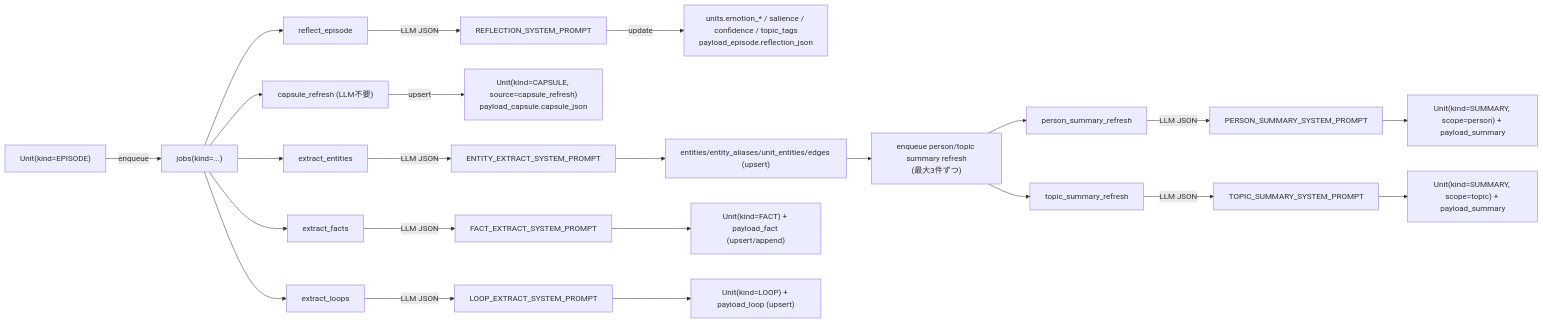
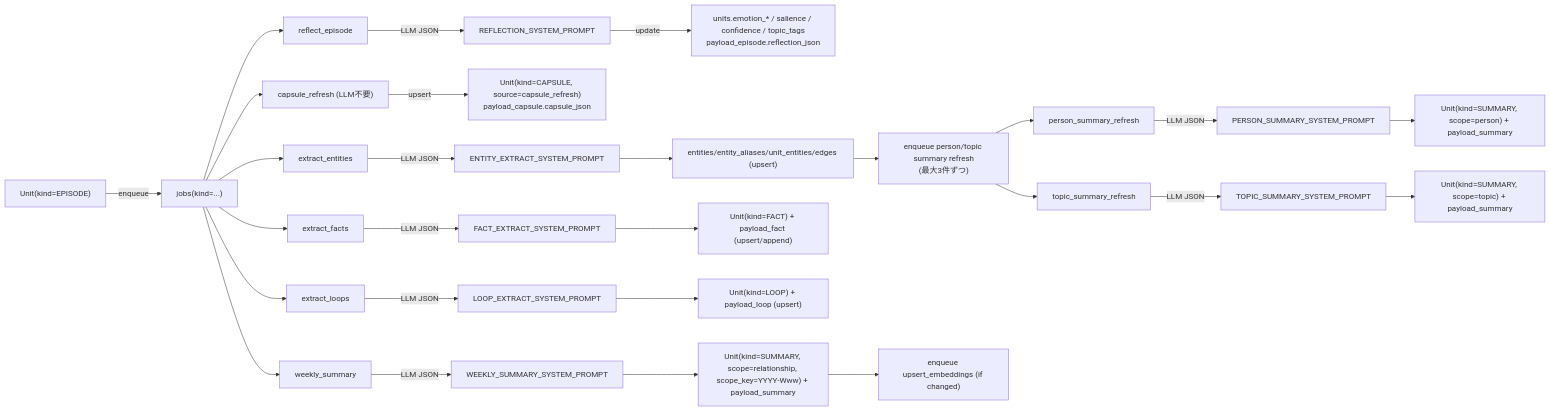
Before and after one commit to hirona98/cocoro_ghost: the fourth of 4 diagrams in docs/prompt_usage_map.md, drawn with Mermaid. The commit also changed other lines of this file and 4 other files, not shown here.

````diff
--- a/docs/prompt_usage_map.md
+++ b/docs/prompt_usage_map.md
@@ -92,31 +188,36 @@
 ```mermaid
 flowchart LR
   EP["Unit(kind=EPISODE)"] -->|enqueue| J["jobs(kind=...)"]
 
   J --> REFL["reflect_episode"]
   REFL -->|LLM JSON| P1["REFLECTION_SYSTEM_PROMPT"]
   P1 -->|update| U1["units.emotion_* / salience / confidence / topic_tags\npayload_episode.reflection_json"]
   J --> CAPR["capsule_refresh (LLM不要)"]
   CAPR -->|upsert| CAP["Unit(kind=CAPSULE, source=capsule_refresh)\npayload_capsule.capsule_json"]
 
   J --> ENT["extract_entities"]
   ENT -->|LLM JSON| P3["ENTITY_EXTRACT_SYSTEM_PROMPT"]
   P3 --> EDB["entities/entity_aliases/unit_entities/edges (upsert)"]
   EDB --> ENQSUM["enqueue person/topic summary refresh\n(最大3件ずつ)"]
 
   J --> FACT["extract_facts"]
   FACT -->|LLM JSON| P4["FACT_EXTRACT_SYSTEM_PROMPT"]
   P4 --> FDB["Unit(kind=FACT) + payload_fact (upsert/append)"]
 
   J --> LOOP["extract_loops"]
   LOOP -->|LLM JSON| P5["LOOP_EXTRACT_SYSTEM_PROMPT"]
   P5 --> LDB["Unit(kind=LOOP) + payload_loop (upsert)"]
 
   ENQSUM --> PERS["person_summary_refresh"]
   PERS -->|LLM JSON| P6["PERSON_SUMMARY_SYSTEM_PROMPT"]
   P6 --> S1["Unit(kind=SUMMARY, scope=person) + payload_summary"]
 
   ENQSUM --> TOP["topic_summary_refresh"]
   TOP -->|LLM JSON| P7["TOPIC_SUMMARY_SYSTEM_PROMPT"]
   P7 --> S2["Unit(kind=SUMMARY, scope=topic) + payload_summary"]
+
+  J --> WS["weekly_summary"]
+  WS -->|LLM JSON| P8["WEEKLY_SUMMARY_SYSTEM_PROMPT"]
+  P8 --> S3["Unit(kind=SUMMARY, scope=relationship, scope_key=YYYY-Www) + payload_summary"]
+  S3 --> EMB2["enqueue upsert_embeddings (if changed)"]
 ```
````
